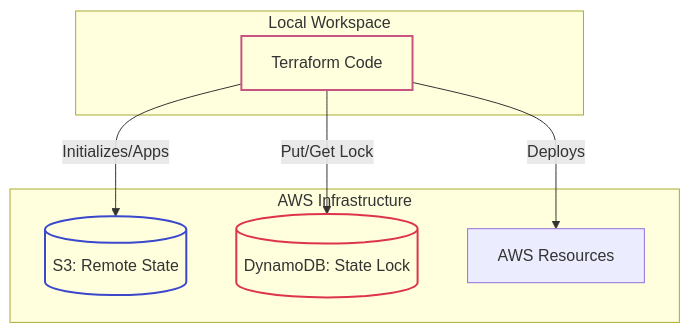
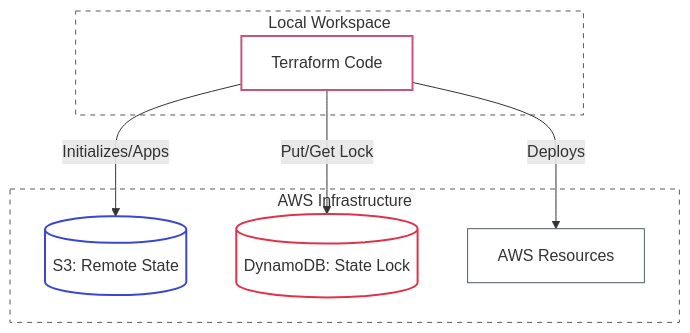
Before and after one commit to luhur-acn/intern-labs: the diagram in labs/10-Remote_State.md, drawn with Mermaid. The commit also changed 1 other file, not shown here.

Commit message:
feat: Add Mermaid container and external class definitions and apply styling to subgraphs.

````diff
--- a/labs/10-Remote_State.md
+++ b/labs/10-Remote_State.md
@@ -18,27 +18,30 @@
 ```mermaid
 graph TD
     %% Styling (AWS Standards)
     classDef terraform fill:none,stroke:#c85581,stroke-width:2px;
     classDef state fill:none,stroke:#3b48cc,stroke-width:2px;
     classDef db fill:none,stroke:#dd344c,stroke-width:2px;
+    classDef container fill:none,stroke:#545b64,stroke-width:1px,stroke-dasharray: 5 5;
+    classDef external fill:none,stroke:#545b64,stroke-width:1px;
 
     subgraph Workspace ["Local Workspace"]
         TF[Terraform Code]
     end
     
     subgraph AWS ["AWS Infrastructure"]
         S3[(S3: Remote State)]
         DB[(DynamoDB: State Lock)]
         Res[AWS Resources]
     end
     
     TF -- "Initializes/Apps" --> S3
     TF -- "Put/Get Lock" --> DB
     TF -- "Deploys" --> Res
 
     %% Assign Classes
     class TF terraform;
     class S3 state;
     class DB db;
     class Res external;
+    class Workspace,AWS container;
 ```
````
